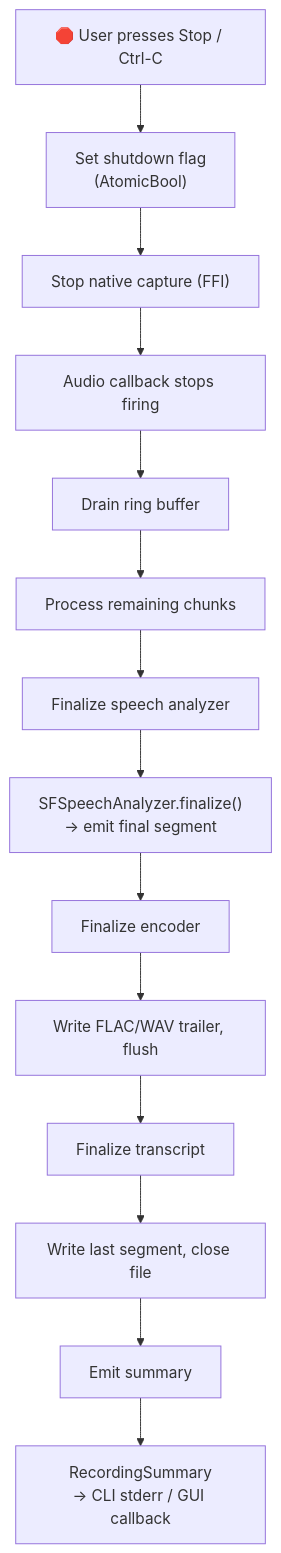
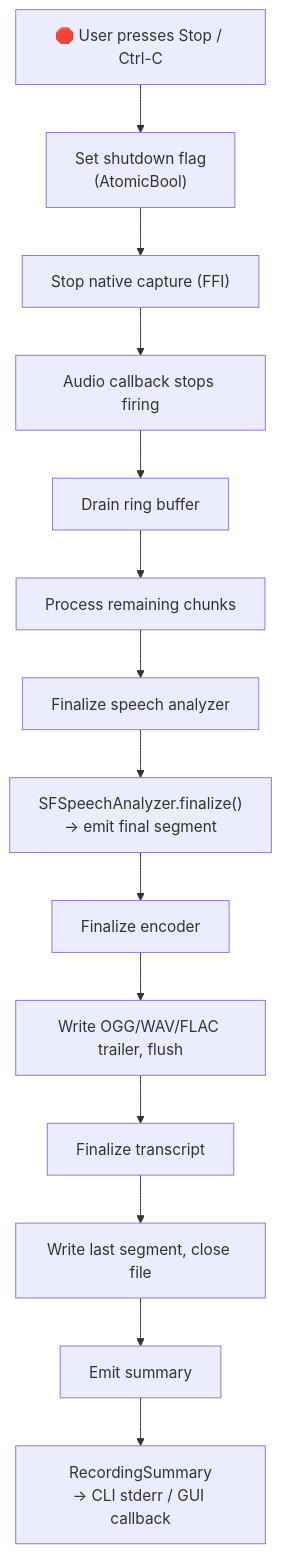
One commit to mokmok-dev/koe changed the second of 3 diagrams in docs/spec/10-recording-pipeline.md. Above: the diagram before and after it, drawn with Mermaid. The commit also changed other lines of this file and 6 other files, not shown here.

First line of the commit message:
docs: switch default audio format from FLAC to OGG Vorbis

````diff
--- a/docs/spec/10-recording-pipeline.md
+++ b/docs/spec/10-recording-pipeline.md
@@ -207,31 +207,31 @@
 ```mermaid
 flowchart TD
     STOP["🛑 User presses Stop / Ctrl-C"]
     FLAG["Set shutdown flag<br/>(AtomicBool)"]
     NATIVE["Stop native capture (FFI)"]
     CB_STOP["Audio callback stops firing"]
     DRAIN["Drain ring buffer"]
     DRAIN_OUT["Process remaining chunks"]
     ASR["Finalize speech analyzer"]
     ASR_OUT["SFSpeechAnalyzer.finalize()<br/>→ emit final segment"]
     ENC["Finalize encoder"]
-    ENC_OUT["Write FLAC/WAV trailer, flush"]
+    ENC_OUT["Write OGG/WAV/FLAC trailer, flush"]
     FMT["Finalize transcript"]
     FMT_OUT["Write last segment, close file"]
     SUMMARY["Emit summary"]
     SUMMARY_OUT["RecordingSummary<br/>→ CLI stderr / GUI callback"]
 
     STOP --> FLAG
     FLAG --> NATIVE
     NATIVE --> CB_STOP
     CB_STOP --> DRAIN
     DRAIN --> DRAIN_OUT
     DRAIN_OUT --> ASR
     ASR --> ASR_OUT
     ASR_OUT --> ENC
     ENC --> ENC_OUT
     ENC_OUT --> FMT
     FMT --> FMT_OUT
     FMT_OUT --> SUMMARY
     SUMMARY --> SUMMARY_OUT
 ```
````
